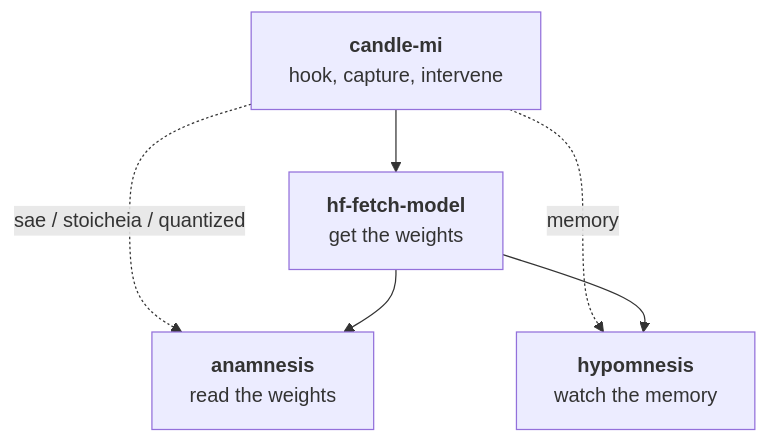
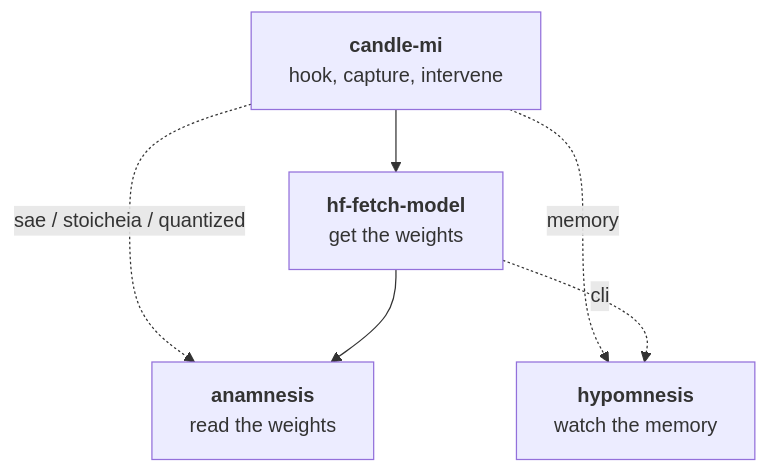
The diagram in profile/README.md (mi-for-the-rust-of-us/.github), drawn with Mermaid before and after one commit. The commit also changed 1 other file, not shown here.

Commit message:
docs: hf-fetch-model 0.12.3, and hypomnesis is optional in it since 0.12.2
hf-fetch-model 0.12.2 takes hypomnesis only behind its `cli` feature, so
the roadmap's "hf-fetch-model requires it" was stale, and the profile
graph's solid HFM -> HMN edge becomes a dotted `cli` one. The status row
moves to 0.12.3 (both patches are on crates.io), and the hypomnesis
default-features story notes that 0.12.2 made it moot for candle-mi.

````diff
--- a/profile/README.md
+++ b/profile/README.md
@@ -24,13 +24,13 @@
 ```mermaid
 graph TD
     CM["<b>candle-mi</b><br/>hook, capture, intervene"]
     HFM["<b>hf-fetch-model</b><br/>get the weights"]
     AMN["<b>anamnesis</b><br/>read the weights"]
     HMN["<b>hypomnesis</b><br/>watch the memory"]
 
     CM --> HFM
     CM -. "sae / stoicheia / quantized" .-> AMN
     CM -. "memory" .-> HMN
     HFM --> AMN
-    HFM --> HMN
+    HFM -. "cli" .-> HMN
 ```
````
